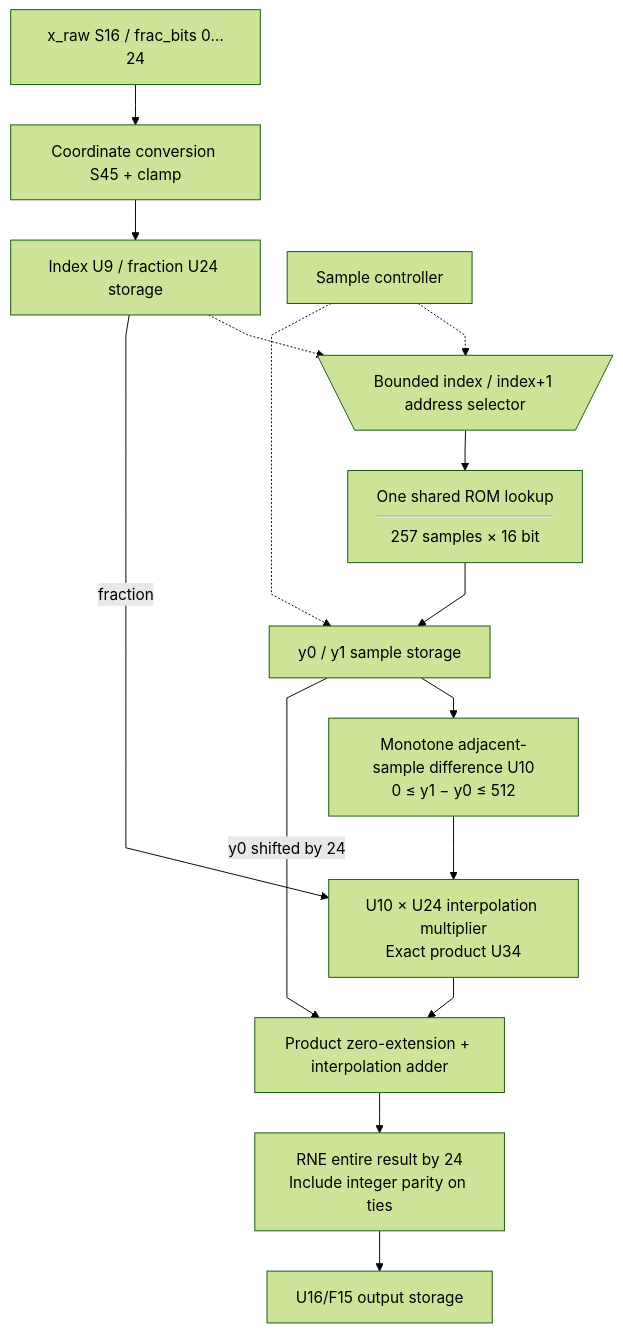
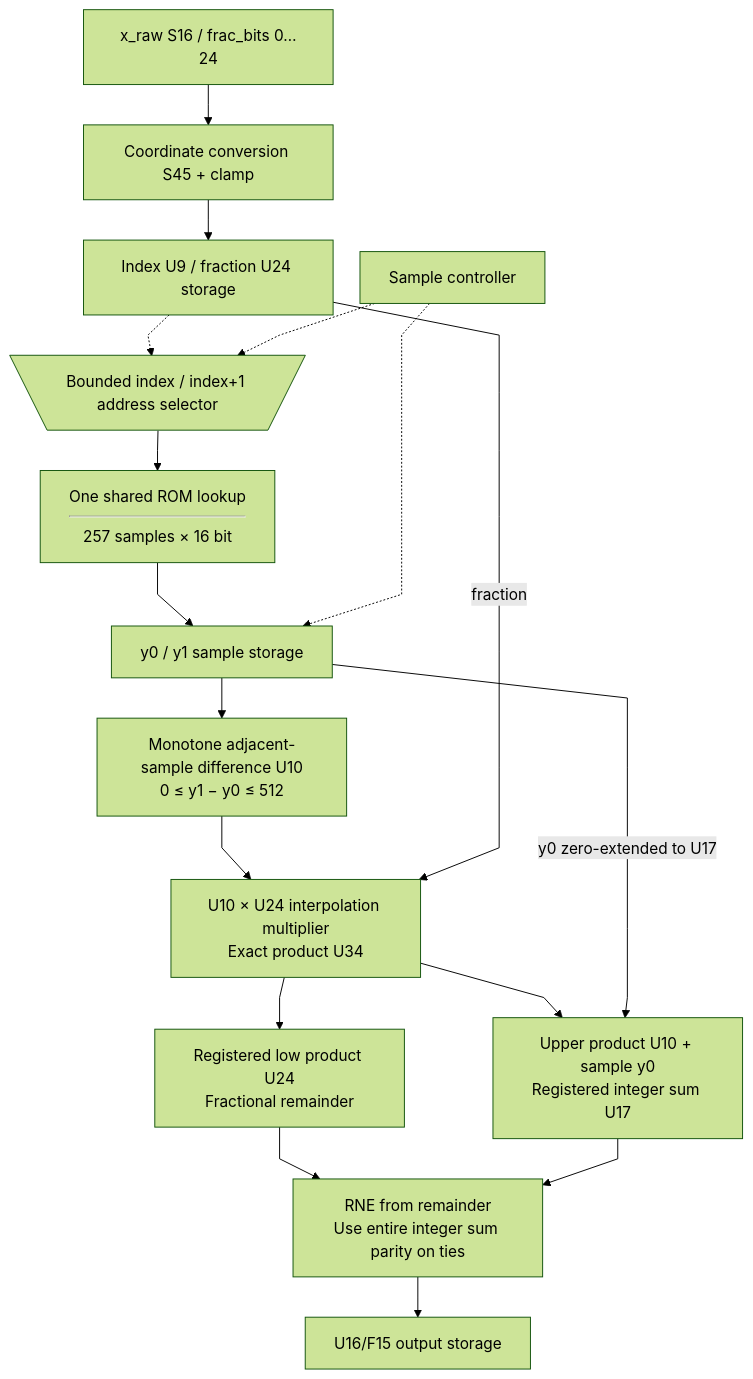
Before and after one commit to nguyennhutkhanhtom/NPU: the second of 2 diagrams in docs/source_guide/blocks/sigmoid.sv.md, drawn with Mermaid (forest theme). The commit also changed other lines of this file and 441 other files, not shown here.

````diff
--- a/docs/source_guide/blocks/sigmoid.sv.md
+++ b/docs/source_guide/blocks/sigmoid.sv.md
@@ -135,18 +150,20 @@
 ```mermaid
 flowchart TB
 %%{init: {"flowchart": {"subGraphTitleMargin": {"top": 8, "bottom": 20}, "nodeSpacing": 28, "rankSpacing": 42, "curve": "linear"}}}%%
     X["x_raw S16 / frac_bits 0…24"] --> COORD["Coordinate conversion S45 + clamp"]
     COORD --> IDX["Index U9 / fraction U24 storage"]
     IDX -.-> ADDR@{ shape: trap-t, label: "Bounded index / index+1 address selector" }
     CTRL["Sample controller"] -.-> ADDR
     ADDR --> ROM@{ shape: rect, label: "One shared ROM lookup<hr/>257 samples × 16 bit" }
     ROM --> SAMPLE["y0 / y1 sample storage"]
     CTRL -.-> SAMPLE
     SAMPLE --> SUB["Monotone adjacent-sample difference U10<br/>0 ≤ y1 − y0 ≤ 512"]
     SUB --> MUL["U10 × U24 interpolation multiplier<br/>Exact product U34"]
     IDX -->|"fraction"| MUL
-    MUL --> ADD["Product zero-extension + interpolation adder"]
-    SAMPLE -->|"y0 shifted by 24"| ADD
-    ADD --> RNE["RNE entire result by 24<br/>Include integer parity on ties"]
+    MUL --> ADD["Upper product U10 + sample y0<br/>Registered integer sum U17"]
+    SAMPLE -->|"y0 zero-extended to U17"| ADD
+    MUL --> REM["Registered low product U24<br/>Fractional remainder"]
+    REM --> RNE["RNE from remainder<br/>Use entire integer sum parity on ties"]
+    ADD --> RNE
     RNE --> Y["U16/F15 output storage"]
 ```
````
